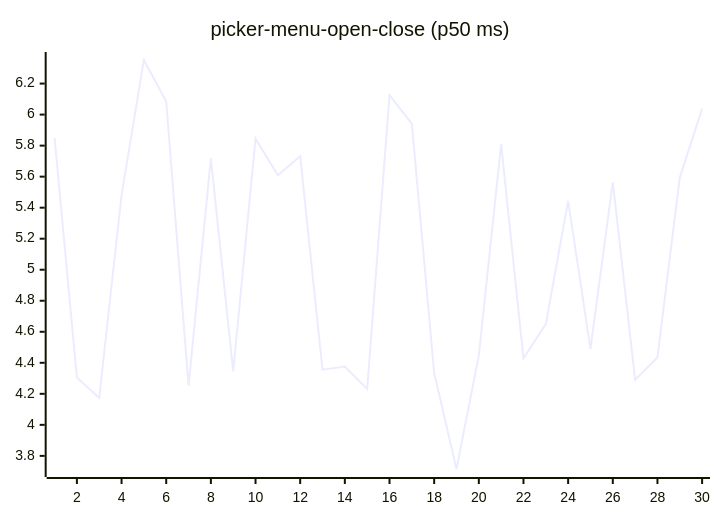
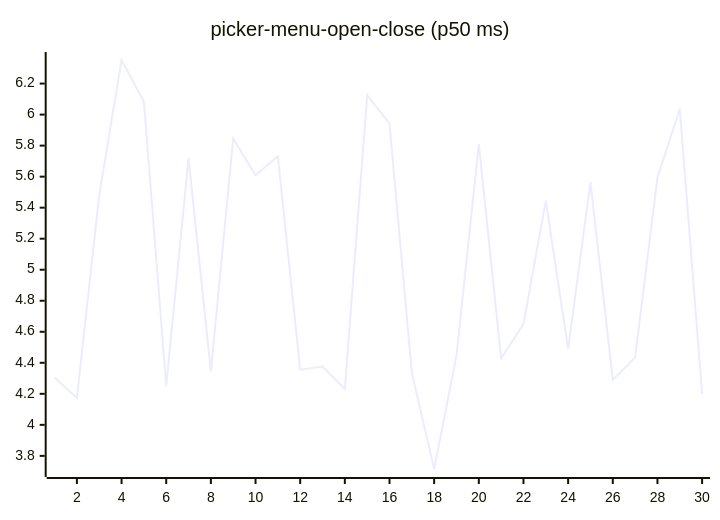
Before and after one commit to josha/Facet: diagram 16 of 27 in README.md, drawn with Mermaid. The commit also changed other lines of this file and 2 other files, not shown here.

````diff
--- a/README.md
+++ b/README.md
@@ -168,6 +168,6 @@
 ```mermaid
 xychart-beta
     title "picker-menu-open-close (p50 ms)"
     x-axis 1 --> 30
-    line [5.8503, 4.3049, 4.1731, 5.4814, 6.3520, 6.0839, 4.2522, 5.7175, 4.3452, 5.8449, 5.6085, 5.7317, 4.3559, 4.3756, 4.2307, 6.1258, 5.9413, 4.3353, 3.7154, 4.4466, 5.8101, 4.4287, 4.6495, 5.4442, 4.4899, 5.5654, 4.2905, 4.4342, 5.5941, 6.0384]
+    line [4.3049, 4.1731, 5.4814, 6.3520, 6.0839, 4.2522, 5.7175, 4.3452, 5.8449, 5.6085, 5.7317, 4.3559, 4.3756, 4.2307, 6.1258, 5.9413, 4.3353, 3.7154, 4.4466, 5.8101, 4.4287, 4.6495, 5.4442, 4.4899, 5.5654, 4.2905, 4.4342, 5.5941, 6.0384, 4.1981]
 ```
````
